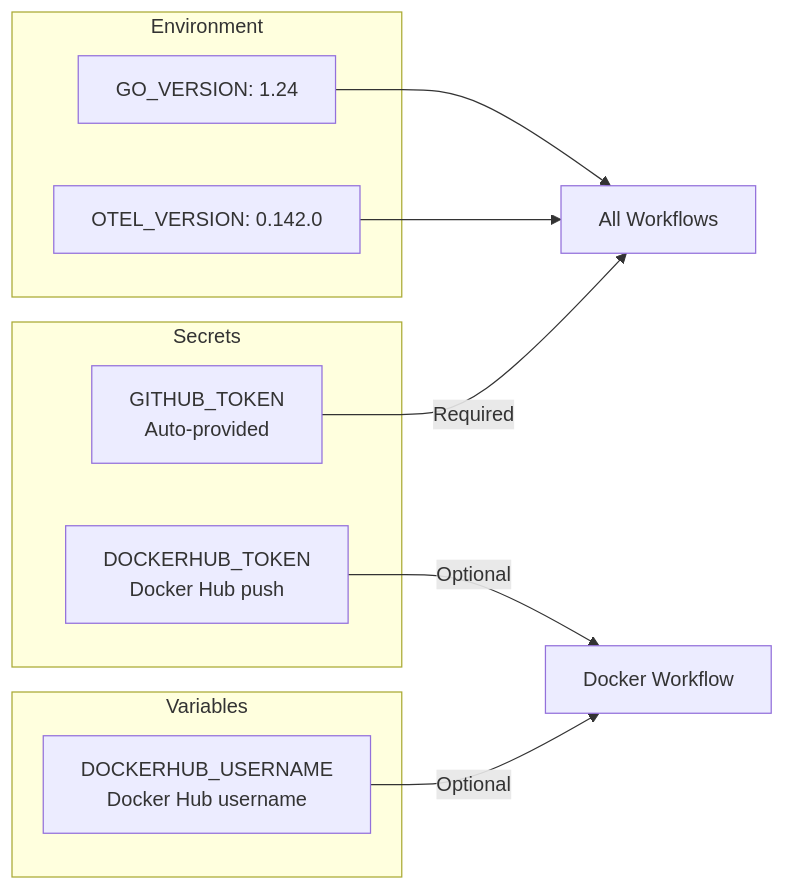
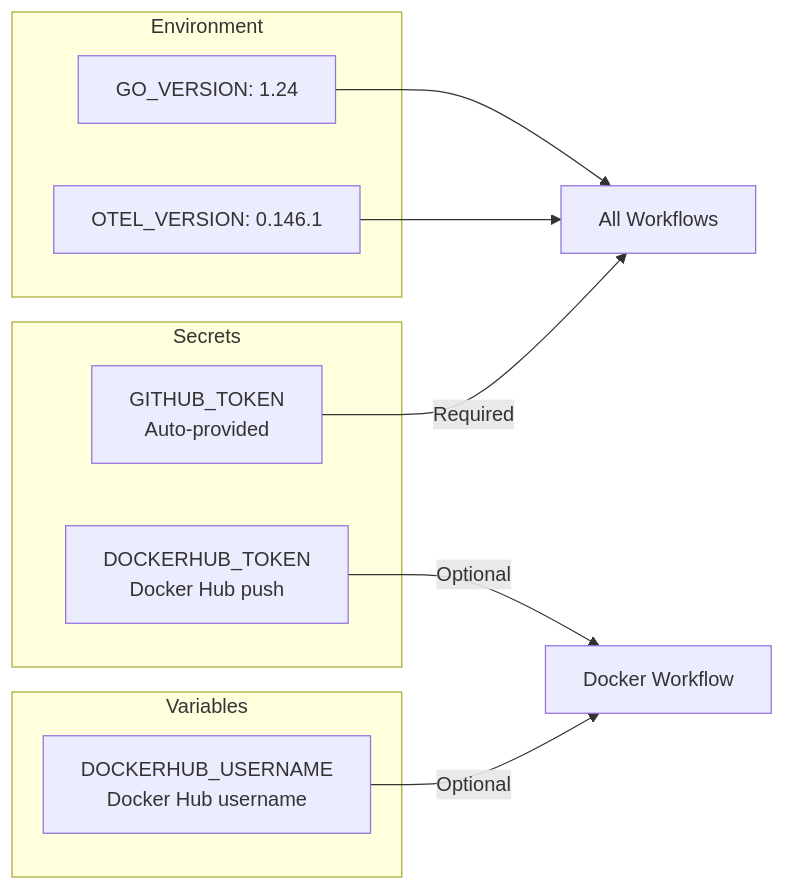
One commit to telemetryflow/telemetryflow-collector changed the tenth of 13 diagrams in docs/GITHUB-WORKFLOWS.md. Above: the diagram before and after it, drawn with Mermaid. The commit also changed other lines of this file and 30 other files, not shown here.

````diff
--- a/docs/GITHUB-WORKFLOWS.md
+++ b/docs/GITHUB-WORKFLOWS.md
@@ -352,22 +352,22 @@
 ```mermaid
 flowchart LR
     subgraph "Secrets"
         GH[GITHUB_TOKEN<br/>Auto-provided]
         DH[DOCKERHUB_TOKEN<br/>Docker Hub push]
     end
 
     subgraph "Variables"
         DHU[DOCKERHUB_USERNAME<br/>Docker Hub username]
     end
 
     subgraph "Environment"
         GO[GO_VERSION: 1.24]
-        OTEL[OTEL_VERSION: 0.142.0]
+        OTEL[OTEL_VERSION: 0.146.1]
     end
 
     GH --> |Required| ALL[All Workflows]
     DH --> |Optional| DOCKER[Docker Workflow]
     DHU --> |Optional| DOCKER
     GO --> ALL
     OTEL --> ALL
 ```
````
